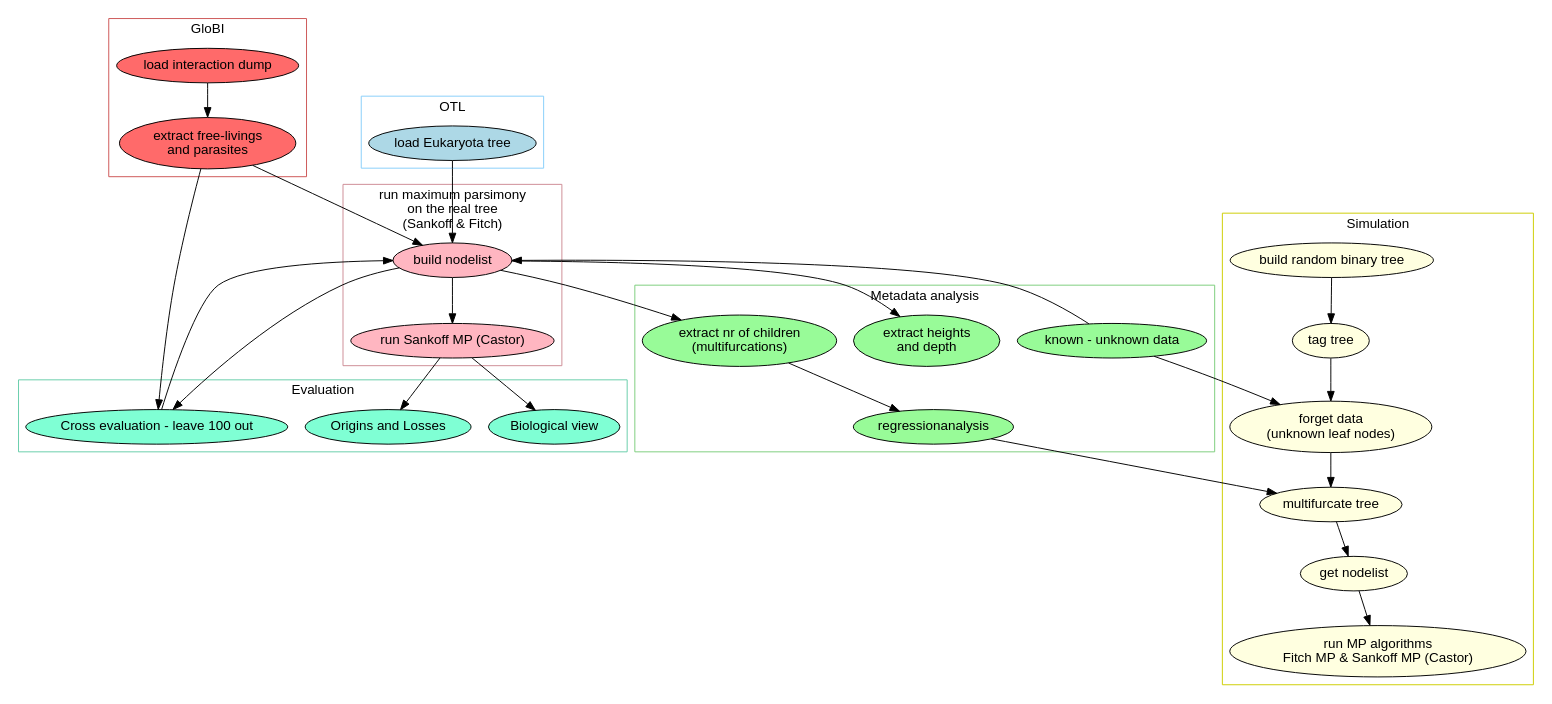
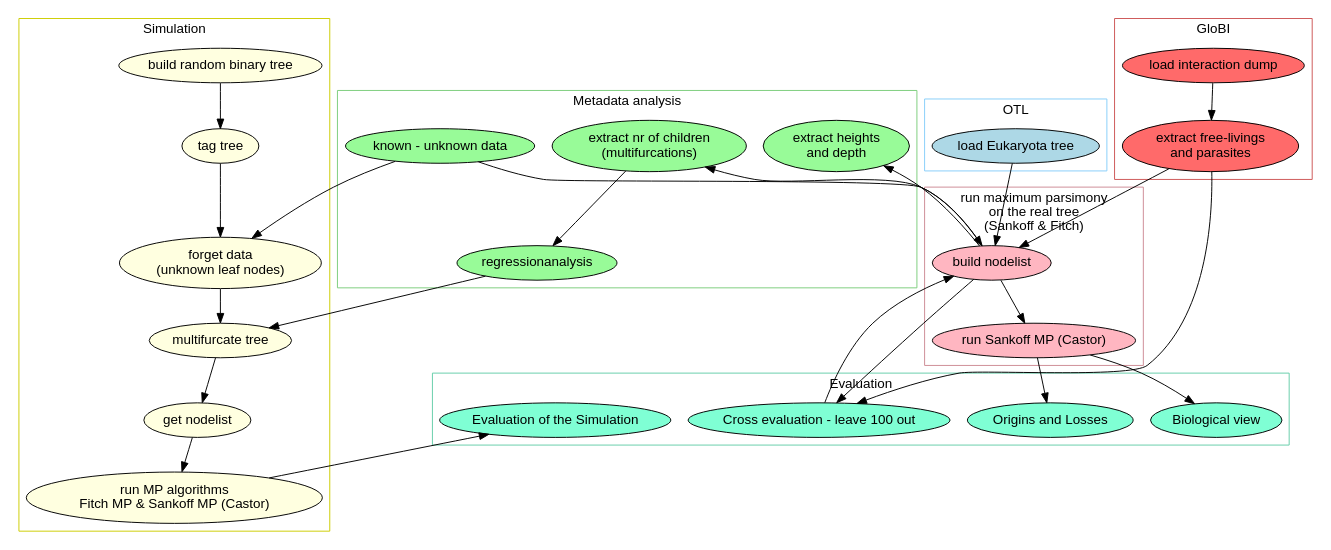
Before and after one commit to Irallia/IZW-HU-Parasites: the diagram in Paper - Latex/Figures/Workflow.gv, drawn with Graphviz. The commit also changed 3 other files, not shown here.

```diff
--- a/Paper - Latex/Figures/Workflow.gv
+++ b/Paper - Latex/Figures/Workflow.gv
@@ -1,87 +1,90 @@
 digraph G {
 	graph[fontname="arial"]
 	node [style=filled, fontname="arial"];
 
 	subgraph cluster_0 {
 		label = "GloBI";
 		node [fillcolor=indianred1];
 		color=indianred3;
 		a0 -> a1;
 	}
 
 	a0 [label = "load interaction dump"]
 	a1 [label = "extract free-livings \n and parasites"]
 
 	subgraph cluster_1 {
 		label = "OTL";
 		node [fillcolor=lightblue];
 		color=lightskyblue
 		b0;
 	}
 
 	b0 [label = "load Eukaryota tree"]
 
 	subgraph cluster_2 {
 		label = "Metadata analysis";
 		node [fillcolor=palegreen];
 		color=palegreen3
 		c0;
 		c1;
 		c2 -> c3;
 	}
 
 	c0 [label = "known - unknown data"]
 	c1 [label = "extract heights \n and depth"]
 	c2 [label = "extract nr of children \n (multifurcations)"]
 	c3 [label = "regressionanalysis"]
 
 	subgraph cluster_3 {
 		label = "Simulation";
 		node [fillcolor=lightyellow];
 		color=yellow3
 		d0 -> d1 -> d2 -> d3 -> d4 -> d5;
 	}
 
 	d0 [label = "build random binary tree"]
 	d1 [label = "tag tree"]
 	d2 [label = "forget data \n (unknown leaf nodes)"]
 	d3 [label = "multifurcate tree"]
 	d4 [label = "get nodelist"]
 	d5 [label = "run MP algorithms \n Fitch MP & Sankoff MP (Castor) "]
 
 	subgraph cluster_4 {
 		label = "run maximum parsimony \n on the real tree \n (Sankoff & Fitch)";
 		node [fillcolor=lightpink];
 		color=lightpink3
 		e0 -> e1;
 	}
 	
 	e0 [label = "build nodelist"]
 	e1 [label = "run Sankoff MP (Castor)"]
 	
 	subgraph cluster_5 {
 		label = "Evaluation";
 		node [fillcolor=aquamarine];
 		color=aquamarine3
 		f0;
 		f1;
 		f2;
+		f3;
 	}
 
 	f0 [label = "Biological view"]
 	f1 [label = "Origins and Losses"]
 	f2 [label = "Cross evaluation - leave 100 out"]
+	f3 [label = "Evaluation of the Simulation"]
 
 	a1 -> e0;
 	a1 -> f2;
 	b0 -> e0;
 	c0 -> d2;
 	c0 -> e0;
 	c3 -> d3;
+	d5 -> f3;
 	e0 -> c1;
 	e0 -> c2;
 	e0 -> f2;
 	e1 -> f0;
 	e1 -> f1;
 	f2 -> e0;
 }
```
